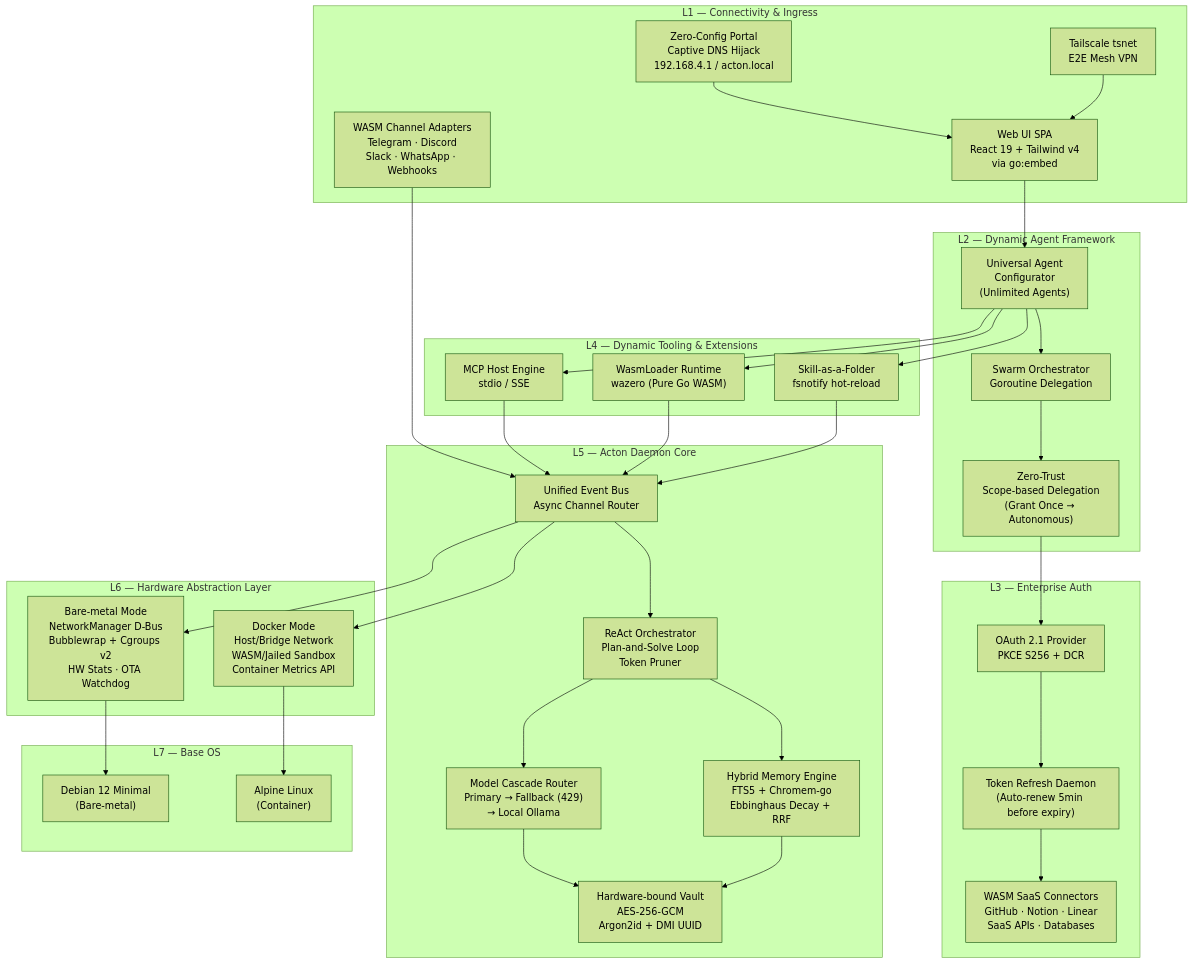
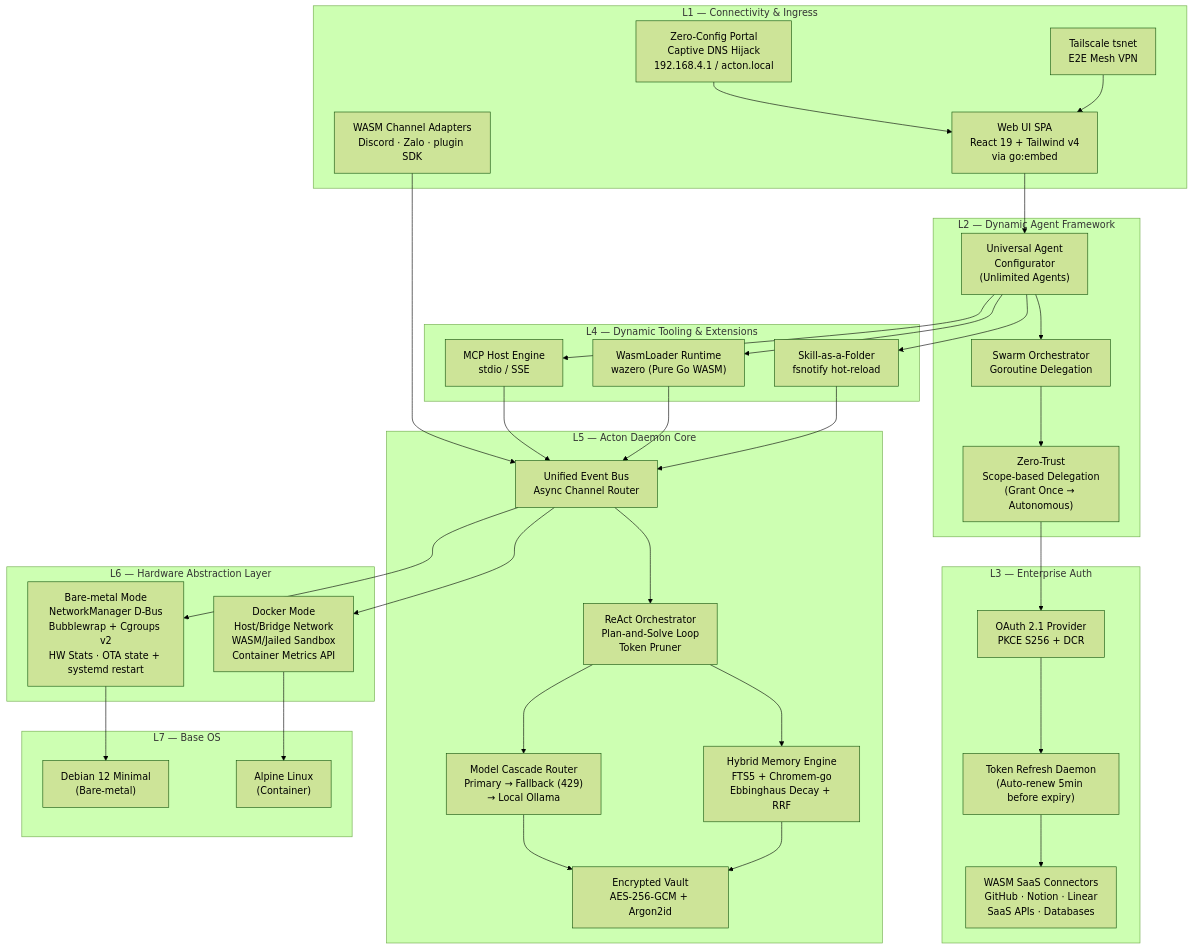
One commit to actonos/actonos changed the first of 10 diagrams in docs/ARCHITECTURE.md. Above: the diagram before and after it, drawn with Mermaid (forest theme). The commit also changed other lines of this file and 81 other files, not shown here.

````diff
--- a/docs/ARCHITECTURE.md
+++ b/docs/ARCHITECTURE.md
@@ -119,77 +110,77 @@
 ```mermaid
 graph TB
     subgraph "L1 — Connectivity & Ingress"
         TSNET["Tailscale tsnet\nE2E Mesh VPN"]
         WEBUI["Web UI SPA\nReact 19 + Tailwind v4\nvia go:embed"]
-        EVENTBUS["WASM Channel Adapters\nTelegram · Discord\nSlack · WhatsApp · Webhooks"]
+        EVENTBUS["WASM Channel Adapters\nDiscord · Zalo · plugin SDK"]
         CAPTIVE["Zero-Config Portal\nCaptive DNS Hijack\n192.168.4.1 / acton.local"]
     end
 
     subgraph "L2 — Dynamic Agent Framework"
         AGENTCFG["Universal Agent\nConfigurator\n(Unlimited Agents)"]
         SWARM["Swarm Orchestrator\nGoroutine Delegation"]
         ZEROTRUST["Zero-Trust\nScope-based Delegation\n(Grant Once → Autonomous)"]
     end
 
     subgraph "L3 — Enterprise Auth"
         OAUTH["OAuth 2.1 Provider\nPKCE S256 + DCR"]
         TOKENREFRESH["Token Refresh Daemon\n(Auto-renew 5min before expiry)"]
         SAAS["WASM SaaS Connectors\nGitHub · Notion · Linear\nSaaS APIs · Databases"]
     end
 
     subgraph "L4 — Dynamic Tooling & Extensions"
         MCPHOST["MCP Host Engine\nstdio / SSE"]
         WASMRT["WasmLoader Runtime\nwazero (Pure Go WASM)"]
         SKILLDIR["Skill-as-a-Folder\nfsnotify hot-reload"]
     end
 
     subgraph "L5 — Acton Daemon Core"
         UNIFIED_BUS["Unified Event Bus\nAsync Channel Router"]
         REACT_ENGINE["ReAct Orchestrator\nPlan-and-Solve Loop\nToken Pruner"]
         MODEL_CASCADE["Model Cascade Router\nPrimary → Fallback (429)\n→ Local Ollama"]
         HYBRID_MEM["Hybrid Memory Engine\nFTS5 + Chromem-go\nEbbinghaus Decay + RRF"]
-        VAULT["Hardware-bound Vault\nAES-256-GCM\nArgon2id + DMI UUID"]
+        VAULT["Encrypted Vault\nAES-256-GCM + Argon2id"]
     end
 
     subgraph "L6 — Hardware Abstraction Layer"
-        BAREMETAL["Bare-metal Mode\nNetworkManager D-Bus\nBubblewrap + Cgroups v2\nHW Stats · OTA Watchdog"]
+        BAREMETAL["Bare-metal Mode\nNetworkManager D-Bus\nBubblewrap + Cgroups v2\nHW Stats · OTA state + systemd restart"]
         DOCKERMODE["Docker Mode\nHost/Bridge Network\nWASM/Jailed Sandbox\nContainer Metrics API"]
     end
 
     subgraph "L7 — Base OS"
         DEBIAN["Debian 12 Minimal\n(Bare-metal)"]
         ALPINE["Alpine Linux\n(Container)"]
     end
 
     WEBUI --> AGENTCFG
     EVENTBUS --> UNIFIED_BUS
     CAPTIVE --> WEBUI
     TSNET --> WEBUI
 
     AGENTCFG --> SWARM
     SWARM --> ZEROTRUST
     ZEROTRUST --> OAUTH
 
     OAUTH --> TOKENREFRESH
     TOKENREFRESH --> SAAS
 
     AGENTCFG --> MCPHOST
     AGENTCFG --> WASMRT
     AGENTCFG --> SKILLDIR
 
     MCPHOST --> UNIFIED_BUS
     WASMRT --> UNIFIED_BUS
     SKILLDIR --> UNIFIED_BUS
 
     UNIFIED_BUS --> REACT_ENGINE
     REACT_ENGINE --> MODEL_CASCADE
     REACT_ENGINE --> HYBRID_MEM
     MODEL_CASCADE --> VAULT
     HYBRID_MEM --> VAULT
 
     UNIFIED_BUS --> BAREMETAL
     UNIFIED_BUS --> DOCKERMODE
 
     BAREMETAL --> DEBIAN
     DOCKERMODE --> ALPINE
 ```
````
